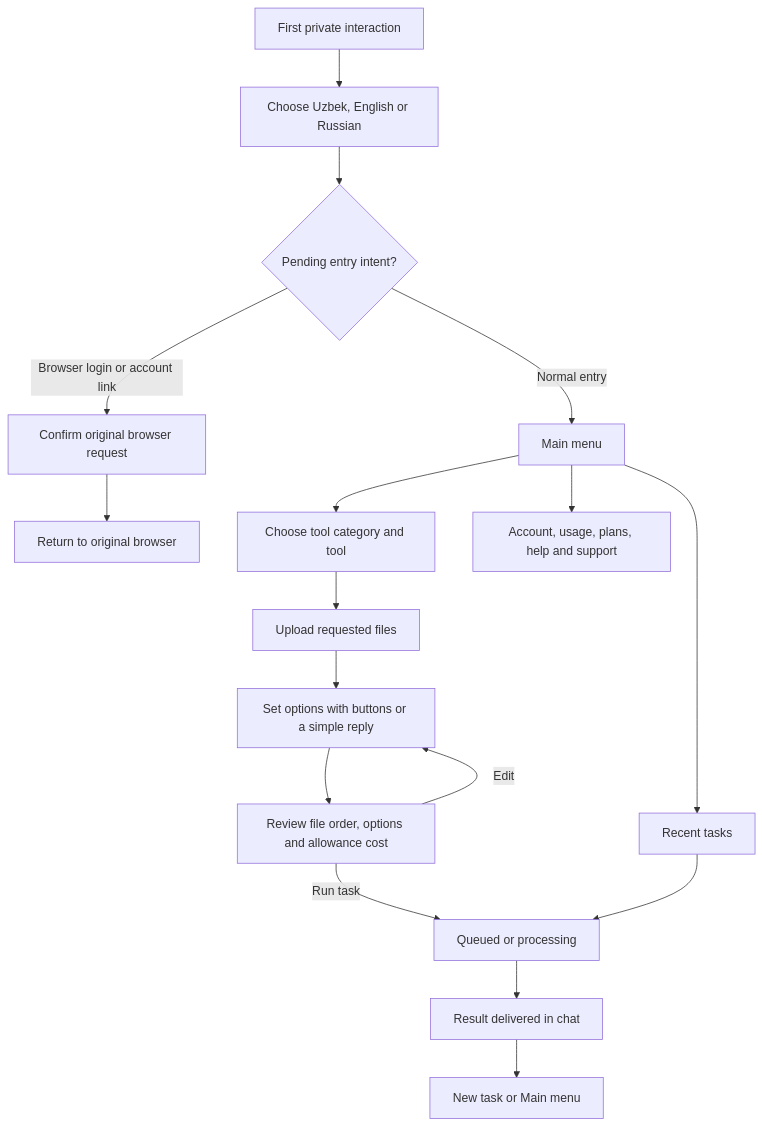
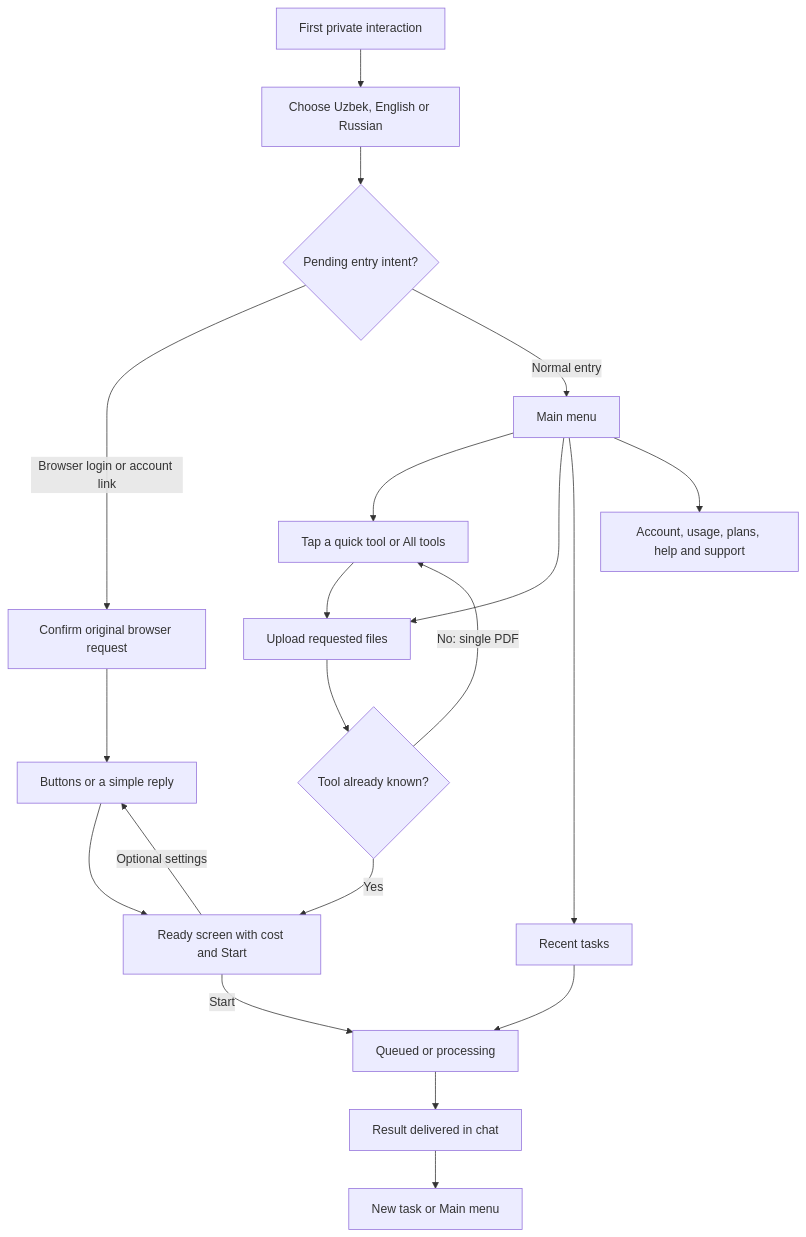
Before and after one commit to shahzodjonweb/document-platform: the diagram in docs/product/BOT_UX_FLOW.md, drawn with Mermaid. The commit also changed other lines of this file and 22 other files, not shown here.

````diff
--- a/docs/product/BOT_UX_FLOW.md
+++ b/docs/product/BOT_UX_FLOW.md
@@ -46,19 +45,22 @@
 ```mermaid
 flowchart TD
     A[First private interaction] --> B[Choose Uzbek, English or Russian]
     B --> C{Pending entry intent?}
     C -->|Browser login or account link| D[Confirm original browser request]
     C -->|Normal entry| H[Main menu]
     D --> E[Return to original browser]
-    H --> T[Choose tool category and tool]
+    H --> T[Tap a quick tool or All tools]
     T --> U[Upload requested files]
-    U --> O[Set options with buttons or a simple reply]
-    O --> R[Review file order, options and allowance cost]
-    R -->|Edit| O
-    R -->|Run task| Q[Queued or processing]
+    H --> U
+    U --> F{Tool already known?}
+    F -->|No: single PDF| T
+    F -->|Yes| O[Ready screen with cost and Start]
+    O -->|Optional settings| E[Buttons or a simple reply]
+    E --> O
+    O -->|Start| Q[Queued or processing]
     Q --> S[Result delivered in chat]
     S --> N[New task or Main menu]
     H --> Y[Recent tasks]
     Y --> Q
     H --> X[Account, usage, plans, help and support]
 ```
````
